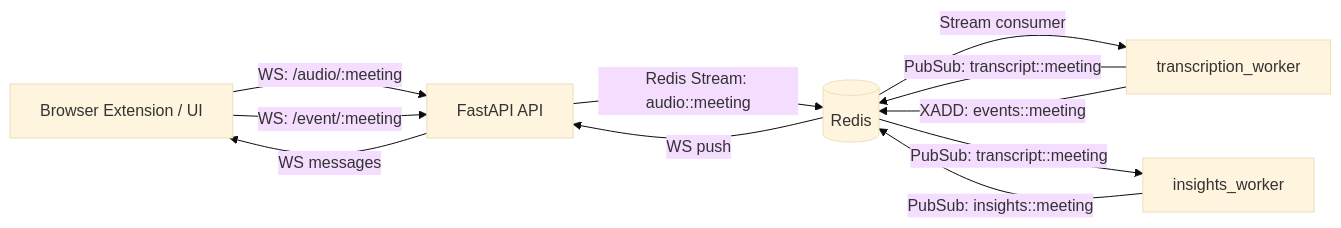
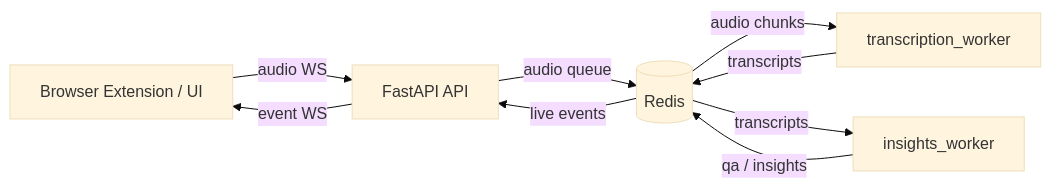
The first of 3 diagrams in README.md (GuuhRodrigues/context_ai_plugin), drawn with Mermaid (base theme) before and after one commit. The commit also changed other lines of this file, not shown here.

Commit message:
chore: clarify websocket event and observability flows

````diff
--- a/README.md
+++ b/README.md
@@ -36,13 +36,17 @@
 ```mermaid
 flowchart LR
-  A[Browser Extension / UI] -->|WS: /audio/:meeting| B[FastAPI API]
-  A -->|WS: /event/:meeting| B
-  B -->|Redis Stream: audio::meeting| R[(Redis)]
-  R -->|Stream consumer| T[transcription_worker]
-  T -->|PubSub: transcript::meeting| R
-  T -->|XADD: events::meeting| R
-  R -->|PubSub: transcript::meeting| I[insights_worker]
-  I -->|PubSub: insights::meeting| R
-  R -->|WS push| B
-  B -->|WS messages| A
+  UI[Browser Extension / UI]
+  API[FastAPI API]
+  REDIS[(Redis)]
+  T[transcription_worker]
+  I[insights_worker]
+
+  UI -->|audio WS| API
+  API -->|audio queue| REDIS
+  REDIS -->|audio chunks| T
+  T -->|transcripts| REDIS
+  REDIS -->|transcripts| I
+  I -->|qa / insights| REDIS
+  REDIS -->|live events| API
+  API -->|event WS| UI
 ```
````
